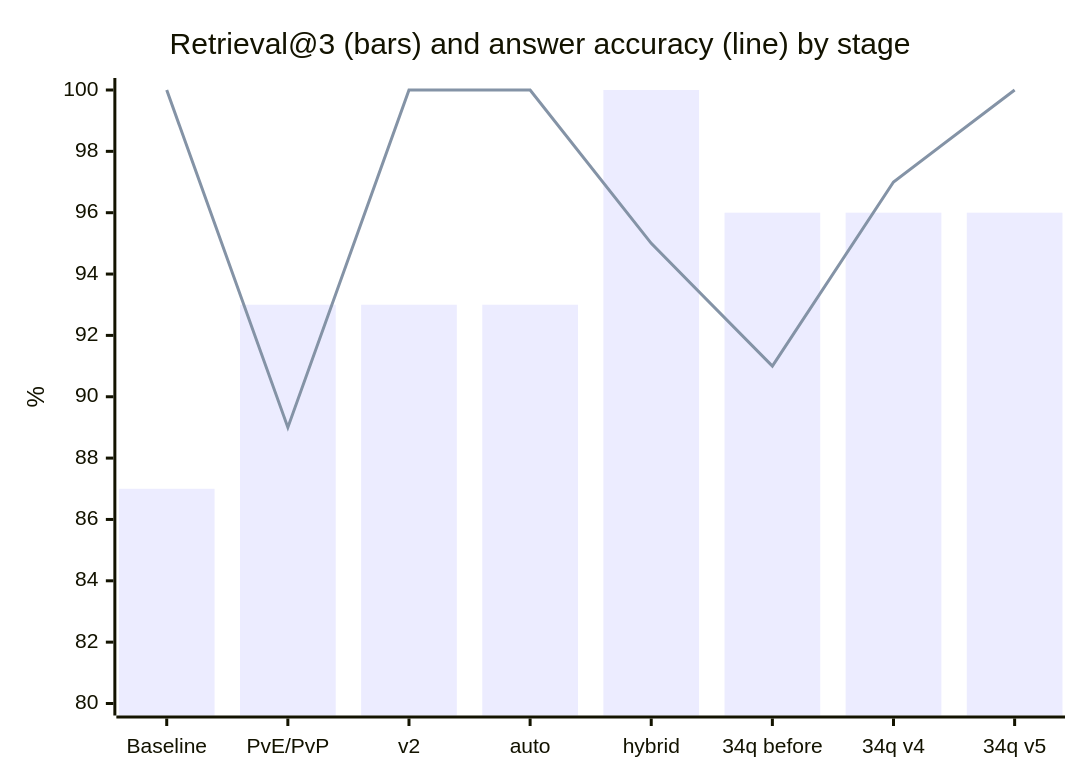
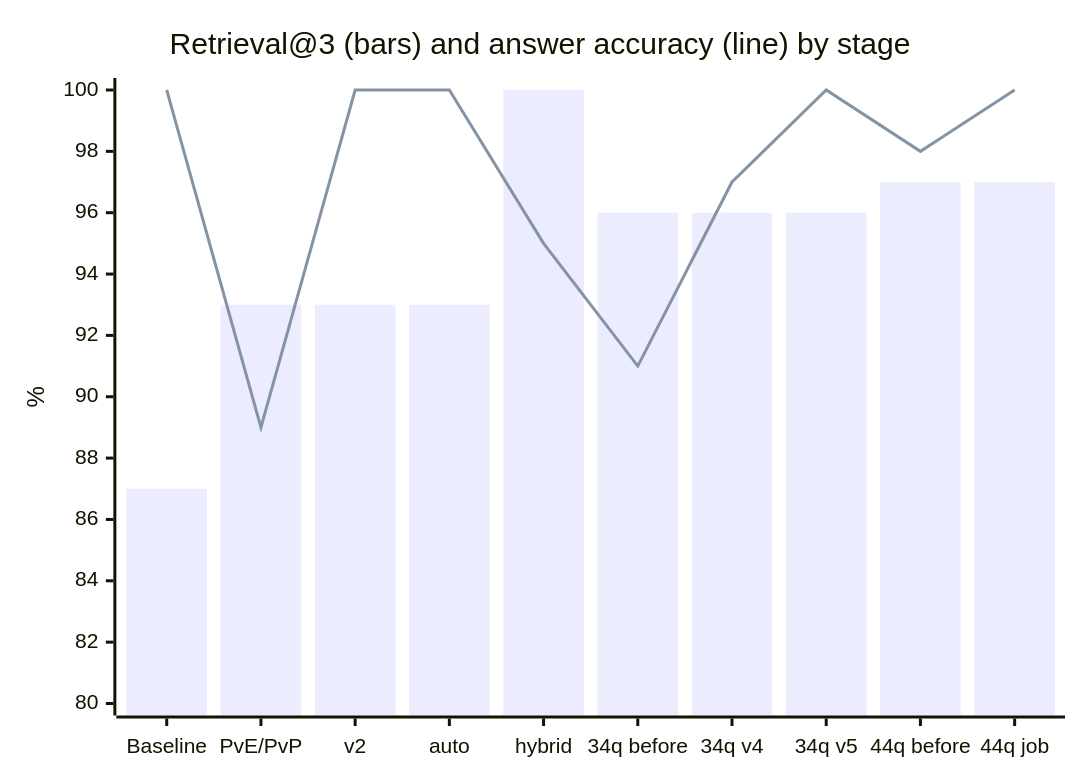
Before and after one commit to ysk-rk/ff14-patch-qa: the diagram in README.en.md, drawn with Mermaid. The commit also changed other lines of this file and 3 other files, not shown here.

````diff
--- a/README.en.md
+++ b/README.en.md
@@ -51,8 +53,8 @@
 ```mermaid
 xychart-beta
     title "Retrieval@3 (bars) and answer accuracy (line) by stage"
-    x-axis ["Baseline", "PvE/PvP", "v2", "auto", "hybrid", "34q before", "34q v4", "34q v5"]
+    x-axis ["Baseline", "PvE/PvP", "v2", "auto", "hybrid", "34q before", "34q v4", "34q v5", "44q before", "44q job"]
     y-axis "%" 80 --> 100
-    bar [87, 93, 93, 93, 100, 96, 96, 96]
-    line [100, 89, 100, 100, 95, 91, 97, 100]
+    bar [87, 93, 93, 93, 100, 96, 96, 96, 97, 97]
+    line [100, 89, 100, 100, 95, 91, 97, 100, 98, 100]
 ```
````
